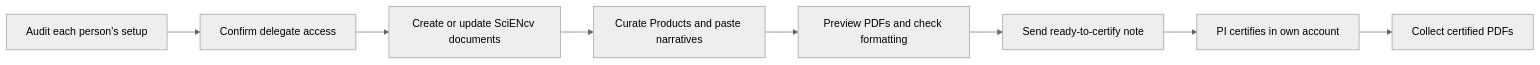
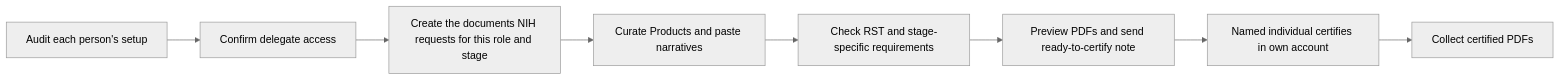
One commit to FritscheLab/nih-sciencv-playbook changed the diagram in docs/quickstarts/admin-delegate.md. Above: the diagram before and after it, drawn with Mermaid (neutral theme). The commit also changed other lines of this file and 48 other files, not shown here.

````diff
--- a/docs/quickstarts/admin-delegate.md
+++ b/docs/quickstarts/admin-delegate.md
@@ -33,12 +43,12 @@
 ```mermaid
 flowchart LR
     accTitle: Admin delegate quickstart workflow
     accDescr: The admin workflow audits access, drafts documents, performs preview checks, and hands off to the PI for certification.
     A["Audit each person's setup"] --> B["Confirm delegate access"]
-    B --> C["Create or update SciENcv documents"]
+    B --> C["Create the documents NIH requests for this role and stage"]
     C --> D["Curate Products and paste narratives"]
-    D --> E["Preview PDFs and check formatting"]
-    E --> F["Send ready-to-certify note"]
-    F --> G["PI certifies in own account"]
+    D --> E["Check RST and stage-specific requirements"]
+    E --> F["Preview PDFs and send ready-to-certify note"]
+    F --> G["Named individual certifies in own account"]
     G --> H["Collect certified PDFs"]
 ```
````
